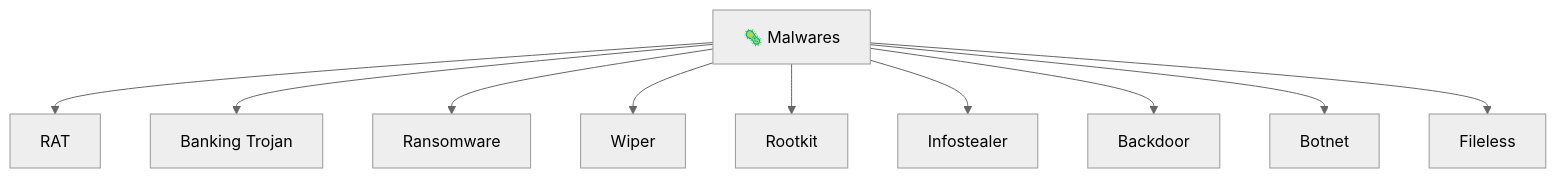
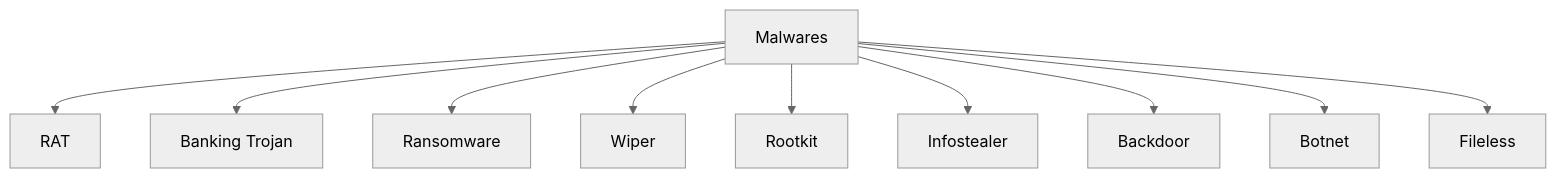
One commit to F0X-hack/foxhack.fr changed the third of 6 diagrams in public/offsidian/vault/Cybersécurité Offensive/09 - Reverse Engineering & Malware.md. Above: the diagram before and after it, drawn with Mermaid (neutral theme). The commit also changed other lines of this file and 369 other files, not shown here.

````diff
--- a/public/offsidian/vault/Cybersécurité Offensive/09 - Reverse Engineering & Malware.md
+++ b/public/offsidian/vault/Cybersécurité Offensive/09 - Reverse Engineering & Malware.md
@@ -685,13 +685,13 @@
 ```mermaid
 flowchart TB
-    M["🦠 Malwares"]
+    M["Malwares"]
     M --> R["RAT"]
     M --> BT["Banking Trojan"]
     M --> RAN["Ransomware"]
     M --> W["Wiper"]
     M --> RK["Rootkit"]
     M --> IS["Infostealer"]
     M --> BD["Backdoor"]
     M --> BOT["Botnet"]
     M --> FL["Fileless"]
 ```
````
